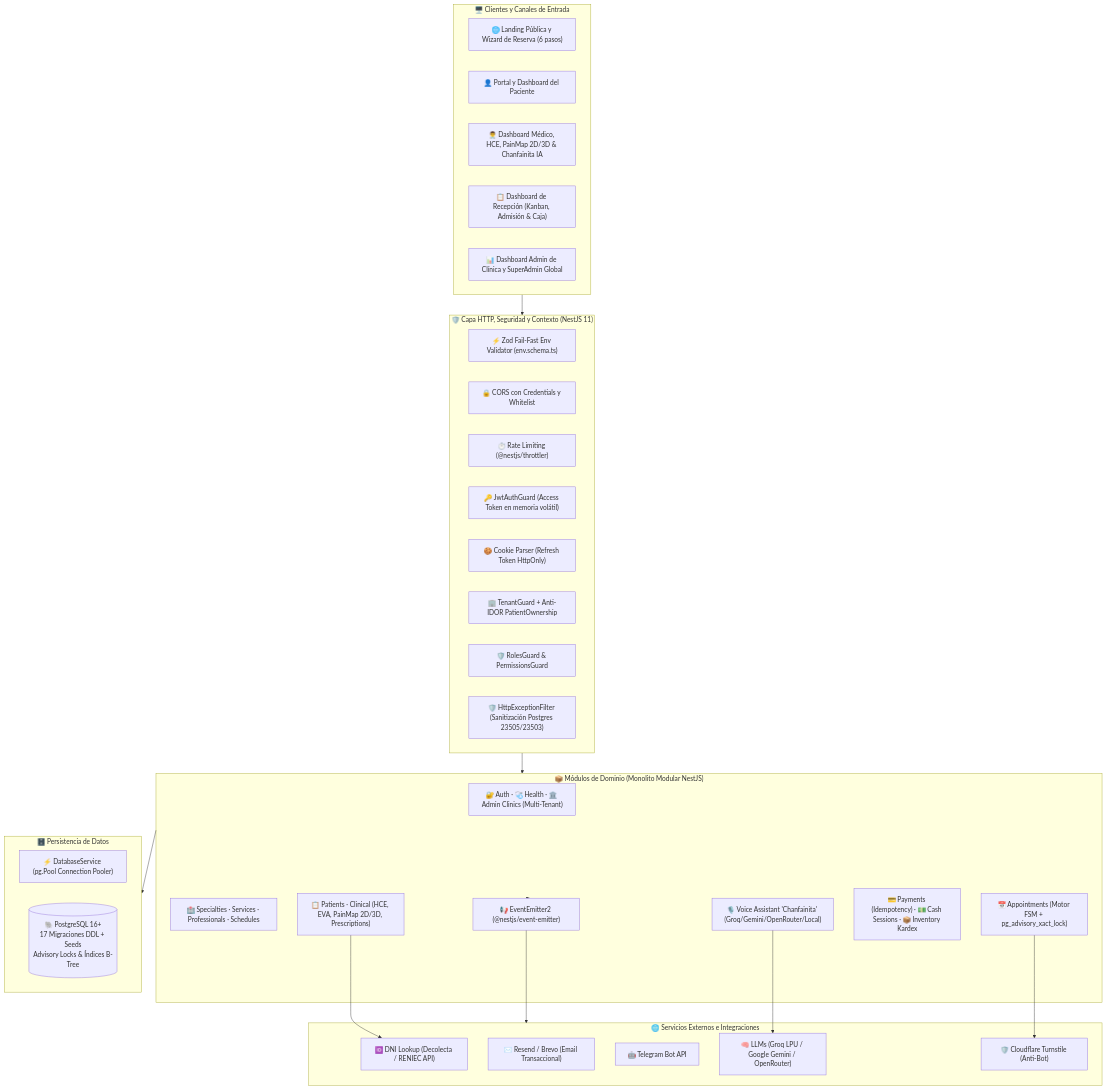
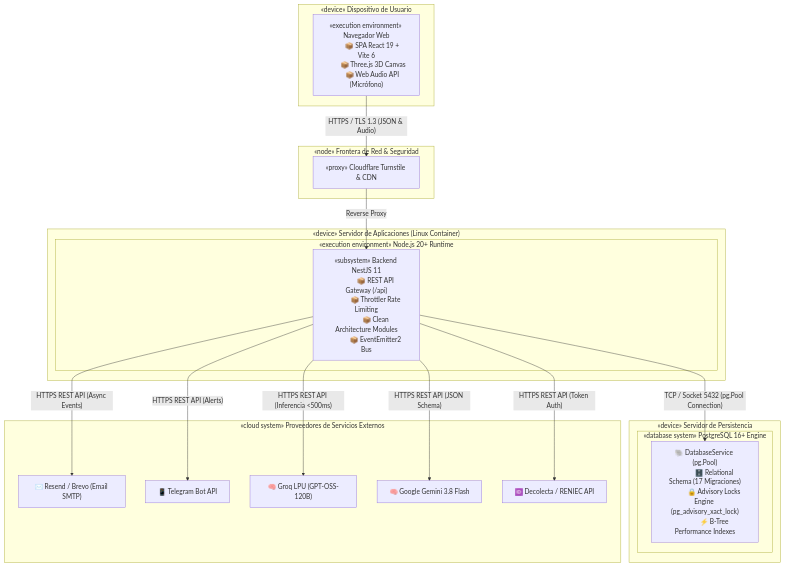
Before and after one commit to Alessander9/SistemaCitas_ok: the fifth of 5 diagrams in README.md, drawn with Mermaid. The commit also changed other lines of this file and 1 other file, not shown here.

Commit message:
docs: add RUP process model and UML 4+1 architectural views to README and ARCHITECTURE

````diff
--- a/README.md
+++ b/README.md
@@ -39,53 +274,49 @@
 ```mermaid
 flowchart TB
-    subgraph CLIENTS ["🖥️ Clientes y Canales de Entrada"]
-        WEB_PUB["🌐 Landing Pública y Wizard de Reserva (6 pasos)"]
-        PORTAL_PAC["👤 Portal y Dashboard del Paciente"]
-        PORTAL_MED["👨‍⚕️ Dashboard Médico, HCE, PainMap 2D/3D & Chanfainita IA"]
-        PORTAL_REC["📋 Dashboard de Recepción (Kanban, Admisión & Caja)"]
-        PORTAL_ADM["📊 Dashboard Admin de Clínica y SuperAdmin Global"]
+    subgraph CLIENT_TIER ["«device» Dispositivo de Usuario"]
+        BROWSER["«execution environment» Navegador Web
+        📦 SPA React 19 + Vite 6
+        📦 Three.js 3D Canvas
+        📦 Web Audio API (Micrófono)"]
     end
 
-    subgraph GATEWAY ["🛡️ Capa HTTP, Seguridad y Contexto (NestJS 11)"]
-        ENV_ZOD["⚡ Zod Fail-Fast Env Validator (env.schema.ts)"]
-        CORS_SEC["🔒 CORS con Credentials y Whitelist"]
-        THROTTLER["⏱️ Rate Limiting (@nestjs/throttler)"]
-        AUTH_GUARD["🔑 JwtAuthGuard (Access Token en memoria volátil)"]
-        COOKIE_PARSER["🍪 Cookie Parser (Refresh Token HttpOnly)"]
-        TENANT_GUARD["🏢 TenantGuard + Anti-IDOR PatientOwnership"]
-        RBAC_GUARD["🛡️ RolesGuard & PermissionsGuard"]
-        EXC_FILTER["🛡️ HttpExceptionFilter (Sanitización Postgres 23505/23503)"]
+    subgraph CLOUD_GATEWAY ["«node» Frontera de Red & Seguridad"]
+        CF["«proxy» Cloudflare Turnstile & CDN"]
     end
 
-    subgraph BUSINESS ["📦 Módulos de Dominio (Monolito Modular NestJS)"]
-        CORE_MOD["🔐 Auth · 🩺 Health · 🏛️ Admin Clinics (Multi-Tenant)"]
-        CAT_MOD["🏥 Specialties · Services · Professionals · Schedules"]
-        APPT_MOD["📅 Appointments (Motor FSM + pg_advisory_xact_lock)"]
-        CLIN_MOD["📋 Patients · Clinical (HCE, EVA, PainMap 2D/3D, Prescriptions)"]
-        VOICE_MOD["🎙️ Voice Assistant 'Chanfainita' (Groq/Gemini/OpenRouter/Local)"]
-        FIN_MOD["💳 Payments (Idempotency) · 💵 Cash Sessions · 📦 Inventory Kardex"]
-        EVENT_BUS["📢 EventEmitter2 (@nestjs/event-emitter)"]
+    subgraph APP_SERVER ["«device» Servidor de Aplicaciones (Linux Container)"]
+        subgraph RUNTIME ["«execution environment» Node.js 20+ Runtime"]
+            NEST["«subsystem» Backend NestJS 11
+            📦 REST API Gateway (/api)
+            📦 Throttler Rate Limiting
+            📦 Clean Architecture Modules
+            📦 EventEmitter2 Bus"]
+        end
     end
 
-    subgraph EXTERNAL ["🌐 Servicios Externos e Integraciones"]
-        RENIEC["🆔 DNI Lookup (Decolecta / RENIEC API)"]
-        RESEND["✉️ Resend / Brevo (Email Transaccional)"]
-        TG_BOT["🤖 Telegram Bot API"]
-        LLM_APIS["🧠 LLMs (Groq LPU / Google Gemini / OpenRouter)"]
-        TURNSTILE["🛡️ Cloudflare Turnstile (Anti-Bot)"]
+    subgraph DATA_SERVER ["«device» Servidor de Persistencia"]
+        subgraph PG_NODE ["«database system» PostgreSQL 16+ Engine"]
+            PG_SERVICE["🐘 DatabaseService (pg.Pool)
+            🗄️ Relational Schema (17 Migraciones)
+            🔒 Advisory Locks Engine (pg_advisory_xact_lock)
+            ⚡ B-Tree Performance Indexes"]
+        end
     end
 
-    subgraph STORAGE ["🗄️ Persistencia de Datos"]
-        POOL["⚡ DatabaseService (pg.Pool Connection Pooler)"]
-        PG_DB[("🐘 PostgreSQL 16+\n17 Migraciones DDL + Seeds\nAdvisory Locks & Índices B-Tree")]
+    subgraph THIRD_PARTY ["«cloud system» Proveedores de Servicios Externos"]
+        RESEND_API["✉️ Resend / Brevo (Email SMTP)"]
+        TG_API["📱 Telegram Bot API"]
+        GROQ_API["🧠 Groq LPU (GPT-OSS-120B)"]
+        GEMINI_API["🧠 Google Gemini 3.8 Flash"]
+        RENIEC_API["🆔 Decolecta / RENIEC API"]
     end
 
-    CLIENTS --> GATEWAY
-    GATEWAY --> BUSINESS
-    BUSINESS --> STORAGE
-    BUSINESS --> EVENT_BUS
-    EVENT_BUS --> EXTERNAL
-    VOICE_MOD --> LLM_APIS
-    APPT_MOD --> TURNSTILE
-    CLIN_MOD --> RENIEC
+    BROWSER -- "HTTPS / TLS 1.3 (JSON & Audio)" --> CF
+    CF -- "Reverse Proxy" --> NEST
+    NEST -- "TCP / Socket 5432 (pg.Pool Connection)" --> PG_SERVICE
+    NEST -- "HTTPS REST API (Async Events)" --> RESEND_API
+    NEST -- "HTTPS REST API (Alerts)" --> TG_API
+    NEST -- "HTTPS REST API (Inferencia <500ms)" --> GROQ_API
+    NEST -- "HTTPS REST API (JSON Schema)" --> GEMINI_API
+    NEST -- "HTTPS REST API (Token Auth)" --> RENIEC_API
 ```
````
